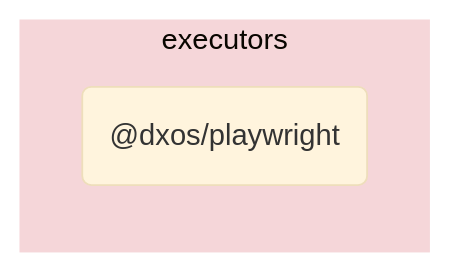
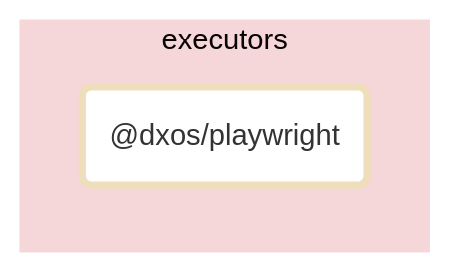
Before and after one commit to dxos/dxos: the diagram in tools/executors/playwright/docs/README.md, drawn with Mermaid (base theme). The commit also changed other lines of this file and 88 other files, not shown here.

````diff
--- a/tools/executors/playwright/docs/README.md
+++ b/tools/executors/playwright/docs/README.md
@@ -5,9 +7,12 @@
 ```mermaid
 flowchart LR;
+
+style dxos/playwright fill:#fff,stroke-width:4px;
+
 
 subgraph executors
   style executors fill:#f5d6d9,stroke:#fff;
   dxos/playwright("@dxos/playwright");
 end
 
 ```
````
